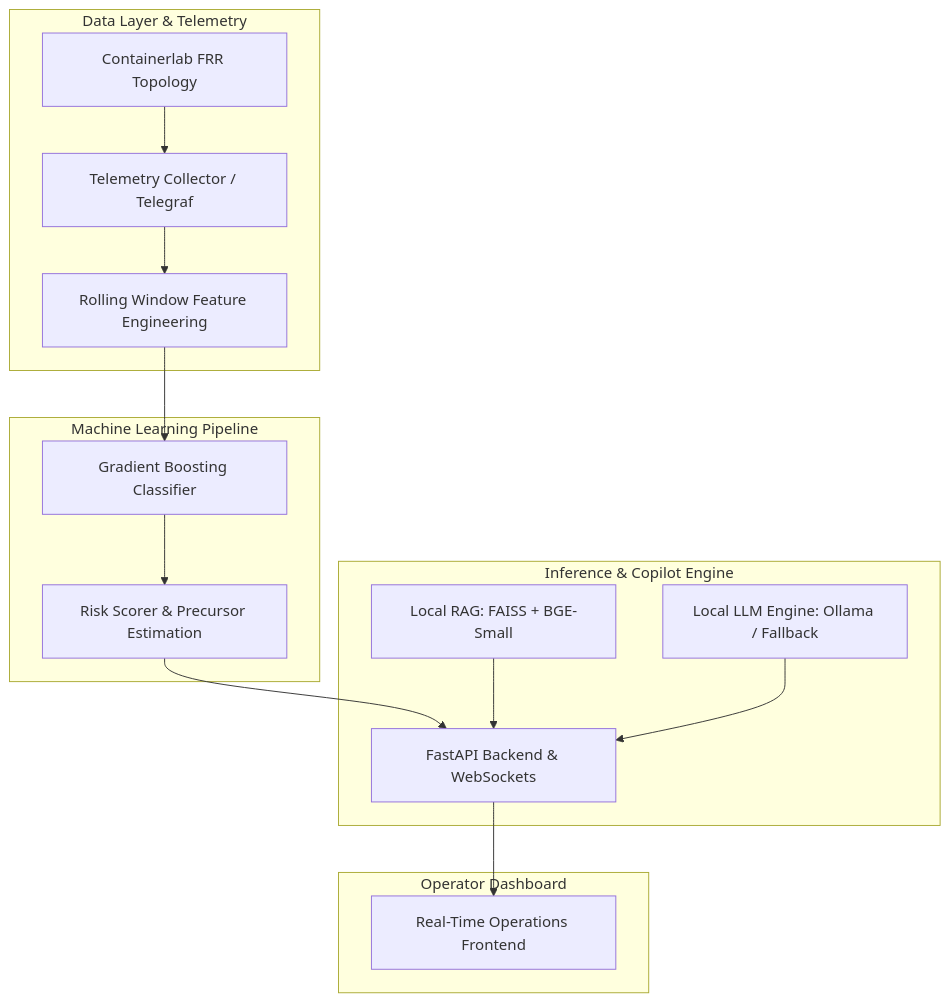
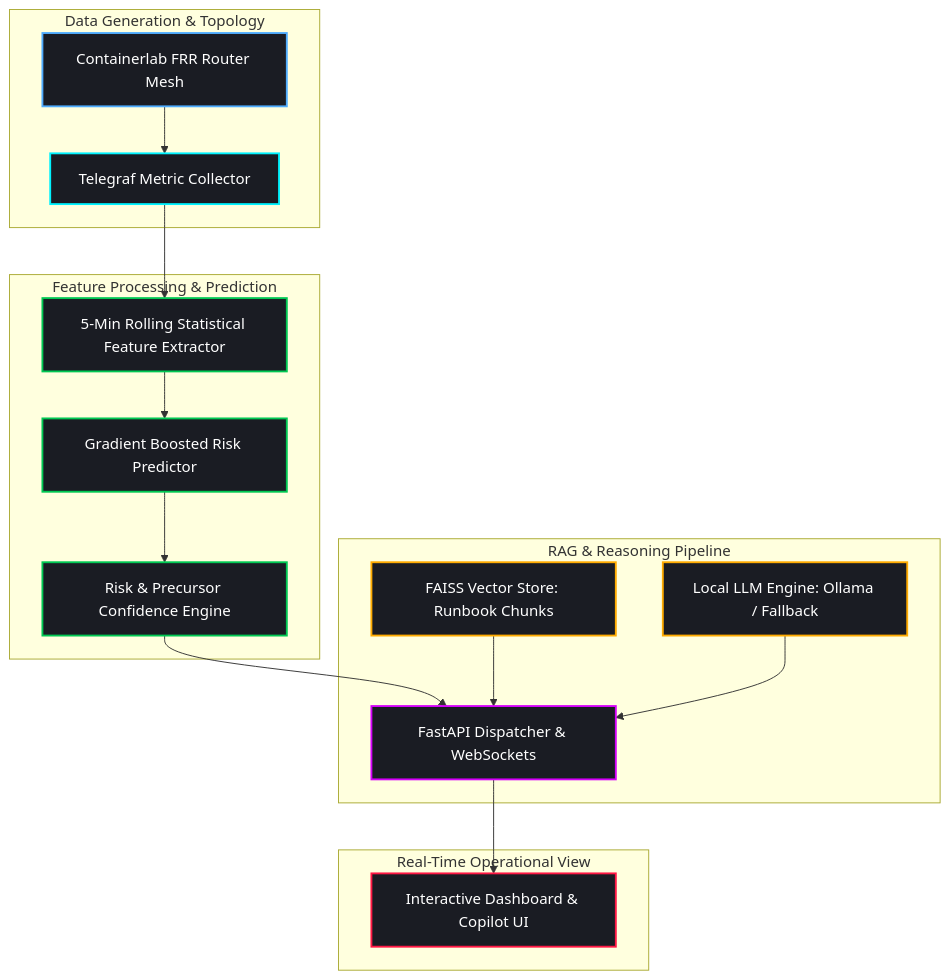
One commit to Tayab-Ahamed/Airgap-noc-Copilot changed the first of 3 diagrams in README.md. Above: the diagram before and after it, drawn with Mermaid. The commit also changed other lines of this file and 2 other files, not shown here.

Commit message:
docs: overhaul README with SVG header, Mermaid diagrams, state machine, and remove hackathon references

````diff
--- a/README.md
+++ b/README.md
@@ -15,22 +23,29 @@
 ```mermaid
 flowchart TD
-    subgraph Data Layer & Telemetry
-        A[Containerlab FRR Topology] --> B[Telemetry Collector / Telegraf]
-        B --> C[Rolling Window Feature Engineering]
+    classDef hardware fill:#1a1c23,stroke:#4facfe,stroke-width:2px,color:#ffffff;
+    classDef telemetry fill:#1a1c23,stroke:#00f2fe,stroke-width:2px,color:#ffffff;
+    classDef ml fill:#1a1c23,stroke:#00c853,stroke-width:2px,color:#ffffff;
+    classDef rag fill:#1a1c23,stroke:#ffab00,stroke-width:2px,color:#ffffff;
+    classDef api fill:#1a1c23,stroke:#d500f9,stroke-width:2px,color:#ffffff;
+    classDef ui fill:#1a1c23,stroke:#ff1744,stroke-width:2px,color:#ffffff;
+
+    subgraph Data Generation & Topology
+        A[Containerlab FRR Router Mesh]:::hardware --> B[Telegraf Metric Collector]:::telemetry
     end
 
-    subgraph Machine Learning Pipeline
-        C --> D[Gradient Boosting Classifier]
-        D --> E[Risk Scorer & Precursor Estimation]
+    subgraph Feature Processing & Prediction
+        B --> C[5-Min Rolling Statistical Feature Extractor]:::ml
+        C --> D[Gradient Boosted Risk Predictor]:::ml
+        D --> E[Risk & Precursor Confidence Engine]:::ml
     end
 
-    subgraph Inference & Copilot Engine
-        E --> F[FastAPI Backend & WebSockets]
-        G[Local RAG: FAISS + BGE-Small] --> F
-        H[Local LLM Engine: Ollama / Fallback] --> F
+    subgraph RAG & Reasoning Pipeline
+        E --> F[FastAPI Dispatcher & WebSockets]:::api
+        G[FAISS Vector Store: Runbook Chunks]:::rag --> F
+        H[Local LLM Engine: Ollama / Fallback]:::rag --> F
     end
 
-    subgraph Operator Dashboard
-        F --> I[Real-Time Operations Frontend]
+    subgraph Real-Time Operational View
+        F --> I[Interactive Dashboard & Copilot UI]:::ui
     end
 ```
````
